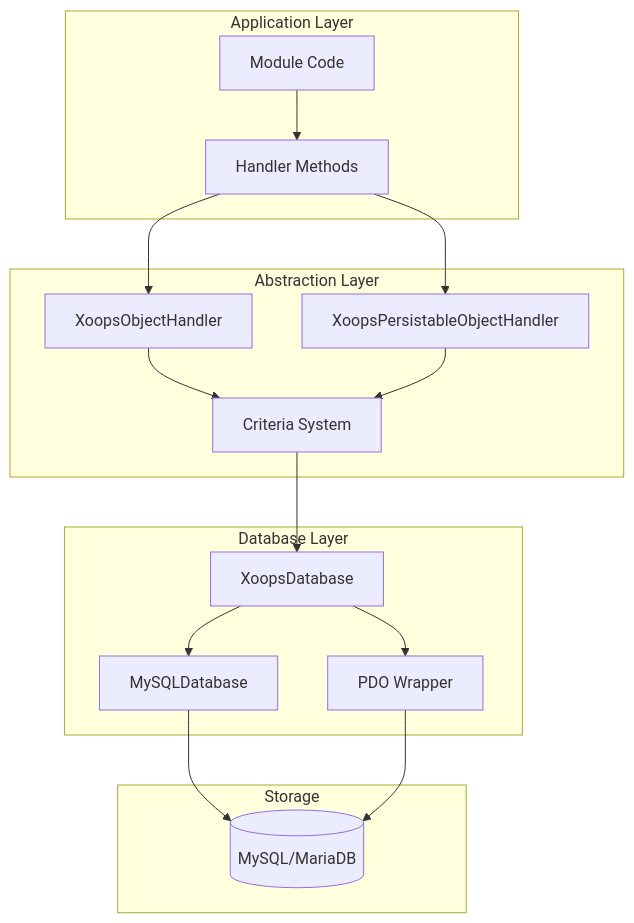
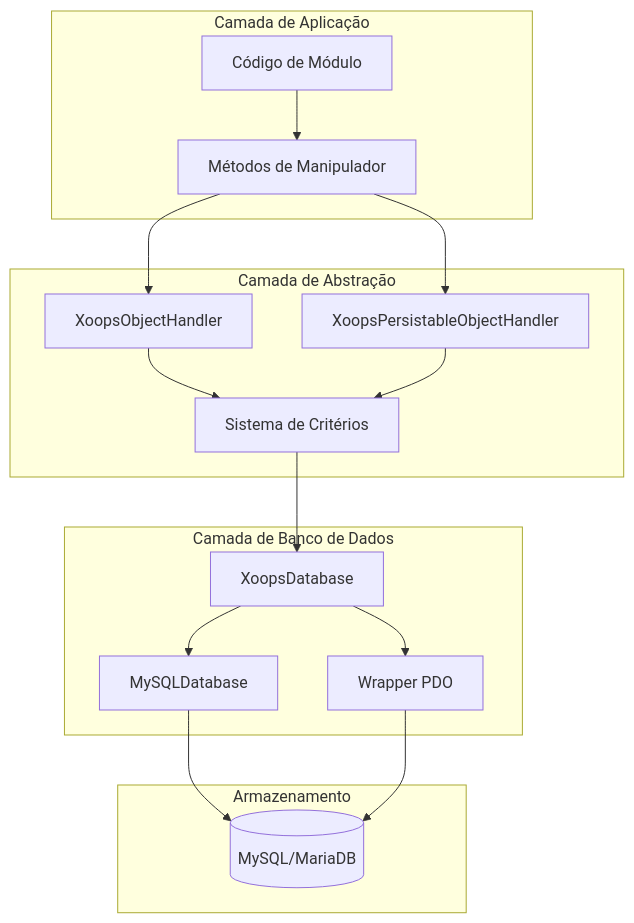
One commit to mambax7/xoops-docs changed the first of 3 diagrams in apps/docs-27/src/content/docs/pt/contributing/adrs/adr-002.md. Above: the diagram before and after it, drawn with Mermaid. The commit also changed other lines of this file and 162 other files, not shown here.

````diff
--- a/apps/docs-27/src/content/docs/pt/contributing/adrs/adr-002.md
+++ b/apps/docs-27/src/content/docs/pt/contributing/adrs/adr-002.md
@@ -37,34 +37,34 @@
 ```mermaid
 graph TB
-    subgraph "Application Layer"
-        A[Module Code]
-        B[Handler Methods]
+    subgraph "Camada de Aplicação"
+        A[Código de Módulo]
+        B[Métodos de Manipulador]
     end
 
-    subgraph "Abstraction Layer"
+    subgraph "Camada de Abstração"
         C[XoopsObjectHandler]
         D[XoopsPersistableObjectHandler]
-        E[Criteria System]
+        E[Sistema de Critérios]
     end
 
-    subgraph "Database Layer"
+    subgraph "Camada de Banco de Dados"
         F[XoopsDatabase]
         G[MySQLDatabase]
-        H[PDO Wrapper]
+        H[Wrapper PDO]
     end
 
-    subgraph "Storage"
+    subgraph "Armazenamento"
         I[(MySQL/MariaDB)]
     end
 
     A --> B
     B --> C
     B --> D
     C --> E
     D --> E
     E --> F
     F --> G
     F --> H
     G --> I
     H --> I
 ```
````
